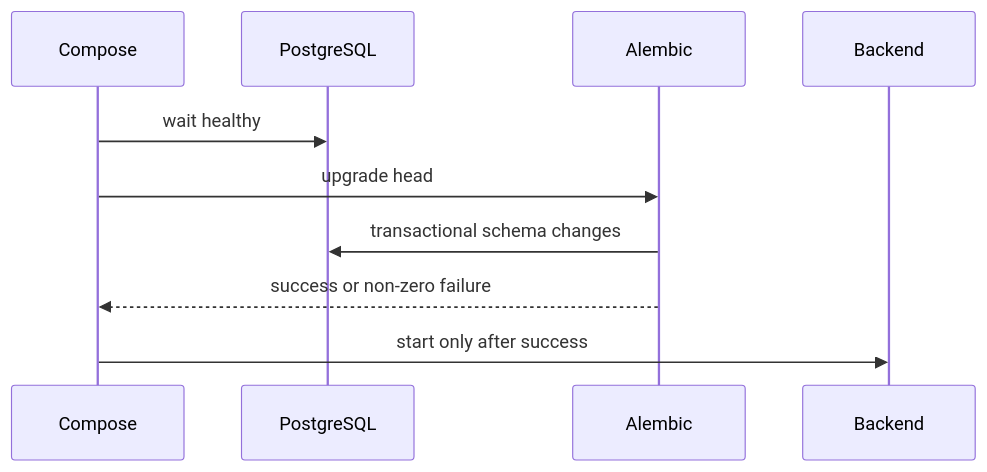
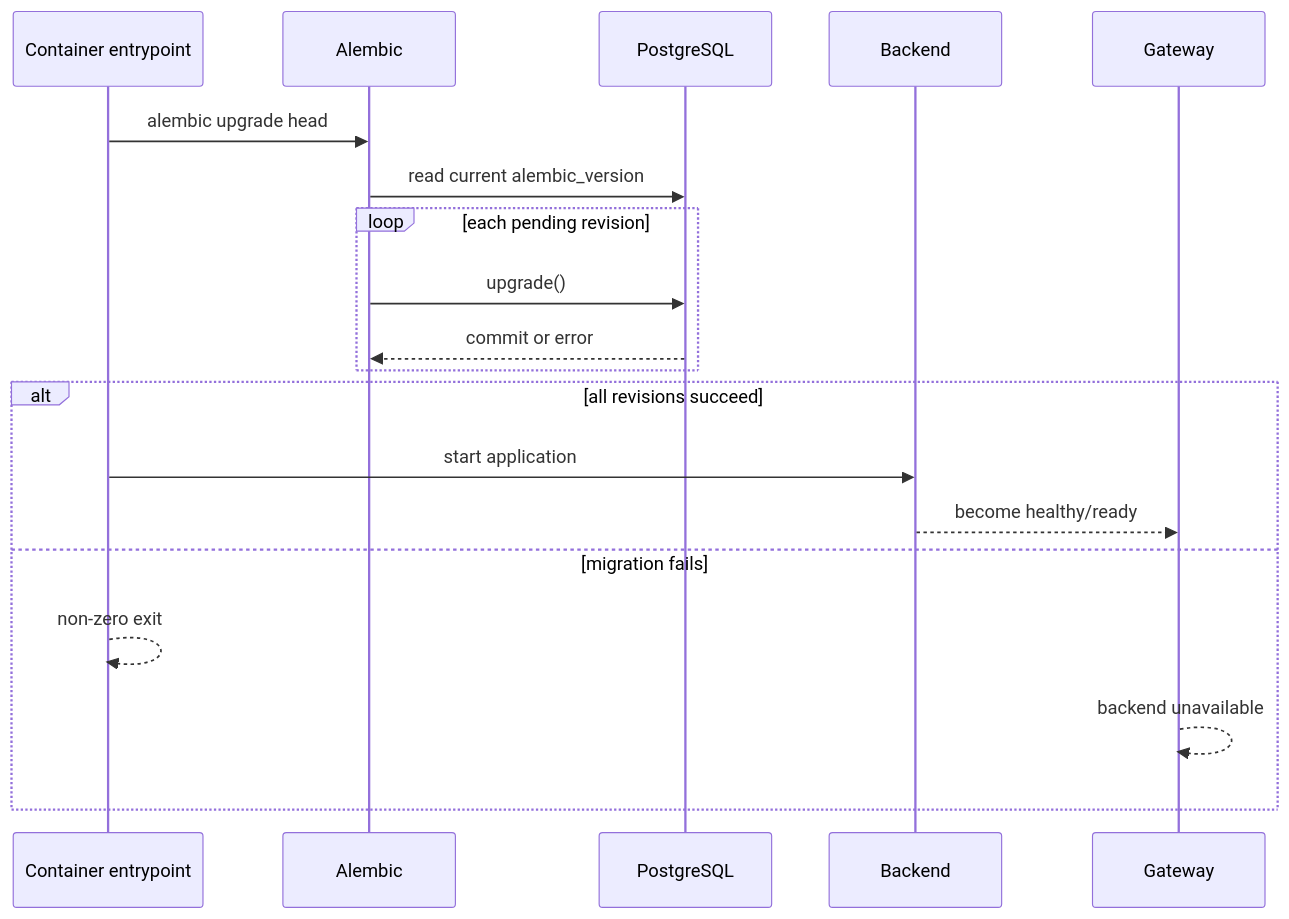
Before and after one commit to levalencia/archon: the second of 3 diagrams in docs/course/concepts/migrations.md, drawn with Mermaid. The commit also changed other lines of this file and 8 other files, not shown here.

````diff
--- a/docs/course/concepts/migrations.md
+++ b/docs/course/concepts/migrations.md
@@ -12,12 +58,21 @@
 ```mermaid
 sequenceDiagram
-  participant C as Compose
-  participant DB as PostgreSQL
-  participant A as Alembic
-  participant B as Backend
-  C->>DB: wait healthy
-  C->>A: upgrade head
-  A->>DB: transactional schema changes
-  A-->>C: success or non-zero failure
-  C->>B: start only after success
+    participant C as Container entrypoint
+    participant A as Alembic
+    participant P as PostgreSQL
+    participant B as Backend
+    participant G as Gateway
+    C->>A: alembic upgrade head
+    A->>P: read current alembic_version
+    loop each pending revision
+        A->>P: upgrade()
+        P-->>A: commit or error
+    end
+    alt all revisions succeed
+        C->>B: start application
+        B-->>G: become healthy/ready
+    else migration fails
+        C-->>C: non-zero exit
+        G-->>G: backend unavailable
+    end
 ```
````
